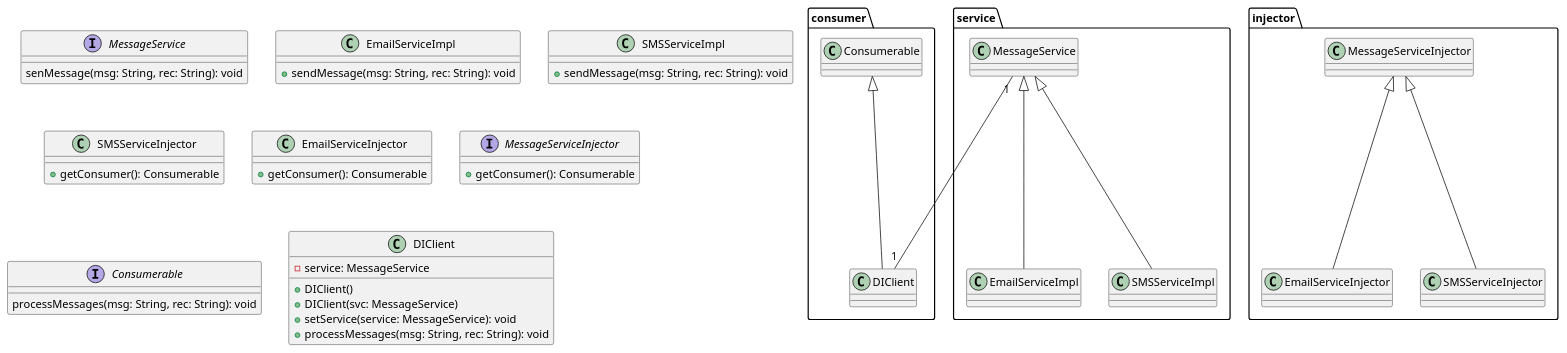
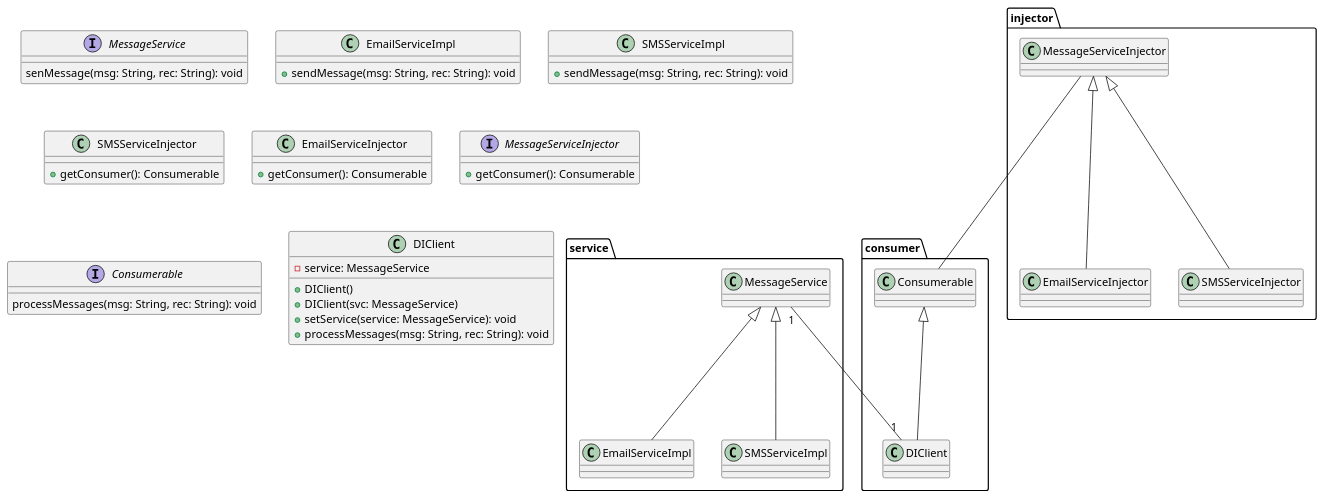
Before and after one commit to truongvantuan/springboot-assignment-techmaster: the diagram in assignment_01/di-demo.puml, drawn with PlantUML. The commit also changed 4 other files, not shown here.

```diff
--- a/assignment_01/di-demo.puml
+++ b/assignment_01/di-demo.puml
@@ -1,50 +1,49 @@
 @startuml di-demo
-
-
 
 package "consumer" {
     Consumerable <|--- DIClient
 }
 
 package "service" {
     MessageService <|--- EmailServiceImpl
     MessageService <|--- SMSServiceImpl
     MessageService "1" --- "1" DIClient
 }
 interface MessageService {
     senMessage(msg: String, rec: String): void
 }
 class EmailServiceImpl {
     +sendMessage(msg: String, rec: String): void
 }
 class SMSServiceImpl {
     +sendMessage(msg: String, rec: String): void
 }
 
 package "injector" {
     MessageServiceInjector <|--- EmailServiceInjector
     MessageServiceInjector <|--- SMSServiceInjector
+    MessageServiceInjector --- Consumerable
 }
 class SMSServiceInjector {
     +getConsumer(): Consumerable
 }
 class EmailServiceInjector {
     +getConsumer(): Consumerable
 }
 interface MessageServiceInjector {
     +getConsumer(): Consumerable
 }
 
 interface Consumerable {
     processMessages(msg: String, rec: String): void
 }
 class DIClient {
     -service: MessageService
     +DIClient()
     +DIClient(svc: MessageService)
     +setService(service: MessageService): void
     +processMessages(msg: String, rec: String): void
 }
 
 
 @enduml
```
